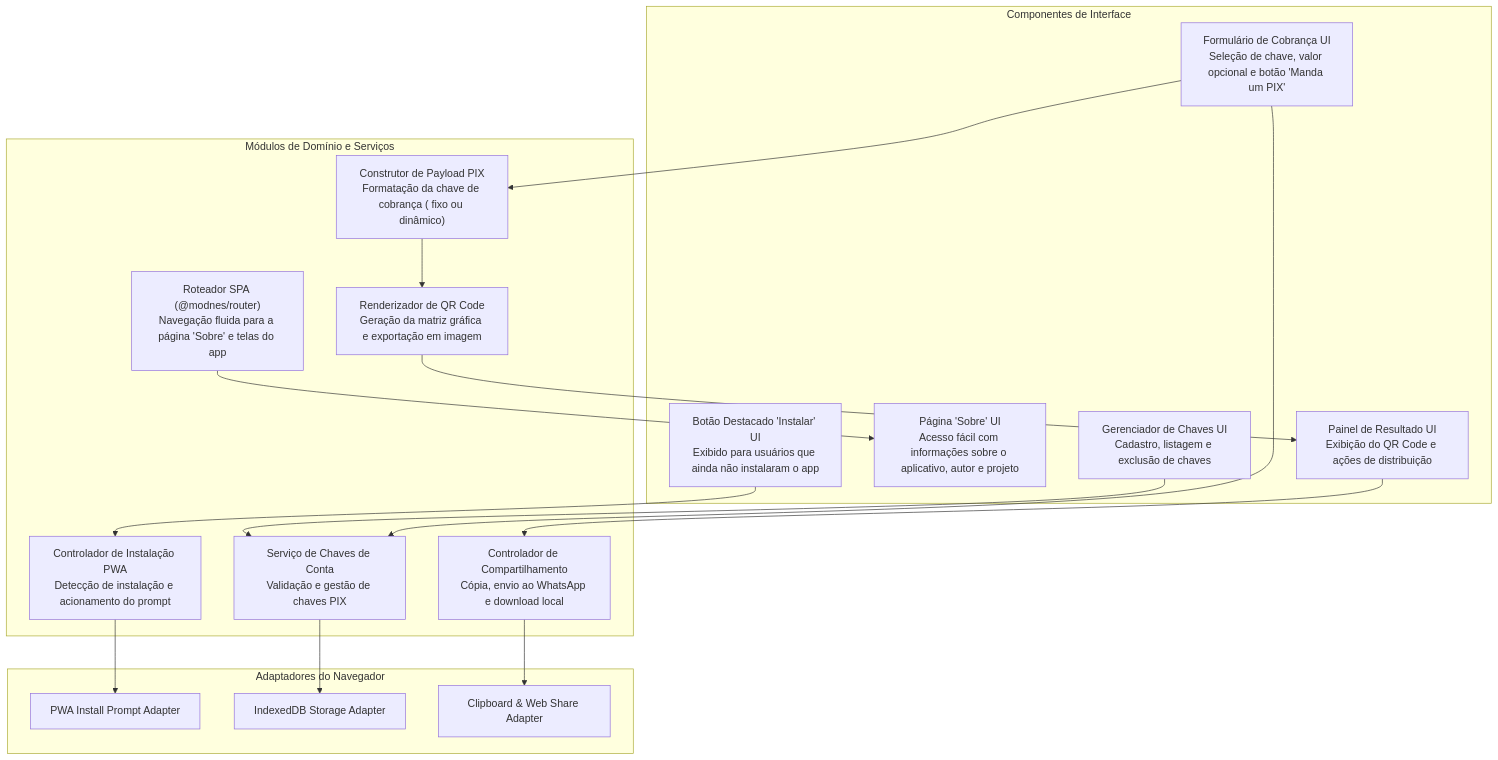
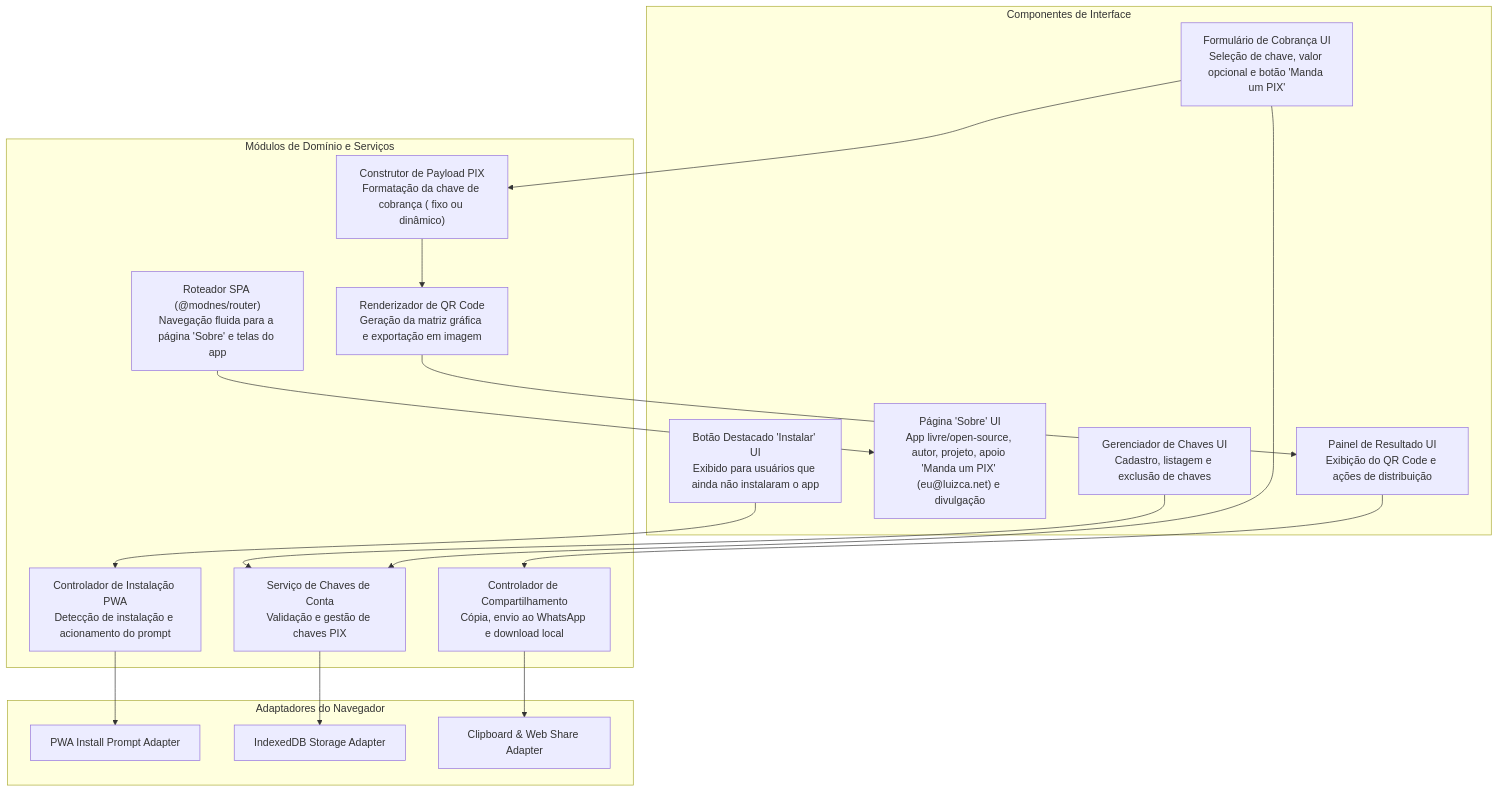
One commit to luizcanet/mandaumpix.app changed the third of 3 diagrams in docs/architecture/c4_models.md. Above: the diagram before and after it, drawn with Mermaid. The commit also changed 13 other files, not shown here.

Commit message:
docs: update About page specification with open-source info and creator donation details

````diff
--- a/docs/architecture/c4_models.md
+++ b/docs/architecture/c4_models.md
@@ -68,37 +68,37 @@
 ```mermaid
 flowchart TD
     subgraph UI["Componentes de Interface"]
         InstallPromptUI["Botão Destacado 'Instalar' UI<br/>Exibido para usuários que ainda não instalaram o app"]
-        AboutPageUI["Página 'Sobre' UI<br/>Acesso fácil com informações sobre o aplicativo, autor e projeto"]
+        AboutPageUI["Página 'Sobre' UI<br/>App livre/open-source, autor, projeto, apoio 'Manda um PIX' (eu@luizca.net) e divulgação"]
         KeyManagerUI["Gerenciador de Chaves UI<br/>Cadastro, listagem e exclusão de chaves"]
         ChargeFormUI["Formulário de Cobrança UI<br/>Seleção de chave, valor opcional e botão 'Manda um PIX'"]
         ResultViewUI["Painel de Resultado UI<br/>Exibição do QR Code e ações de distribuição"]
     end
 
     subgraph Core["Módulos de Domínio e Serviços"]
         InstallController["Controlador de Instalação PWA<br/>Detecção de instalação e acionamento do prompt"]
         AppRouter["Roteador SPA (@modnes/router)<br/>Navegação fluida para a página 'Sobre' e telas do app"]
         KeyService["Serviço de Chaves de Conta<br/>Validação e gestão de chaves PIX"]
         PixPayloadBuilder["Construtor de Payload PIX<br/>Formatação da chave de cobrança ( fixo ou dinâmico)"]
         QRCodeRenderer["Renderizador de QR Code<br/>Geração da matriz gráfica e exportação em imagem"]
         ShareController["Controlador de Compartilhamento<br/>Cópia, envio ao WhatsApp e download local"]
     end
 
     subgraph Adapters["Adaptadores do Navegador"]
         InstallAdapter["PWA Install Prompt Adapter"]
         StorageAdapter["IndexedDB Storage Adapter"]
         BrowserShareAdapter["Clipboard & Web Share Adapter"]
     end
 
     InstallPromptUI --> InstallController
     InstallController --> InstallAdapter
     AppRouter --> AboutPageUI
     KeyManagerUI --> KeyService
     ChargeFormUI --> KeyService
     ChargeFormUI --> PixPayloadBuilder
     PixPayloadBuilder --> QRCodeRenderer
     QRCodeRenderer --> ResultViewUI
     ResultViewUI --> ShareController
     KeyService --> StorageAdapter
     ShareController --> BrowserShareAdapter
 ```
````
